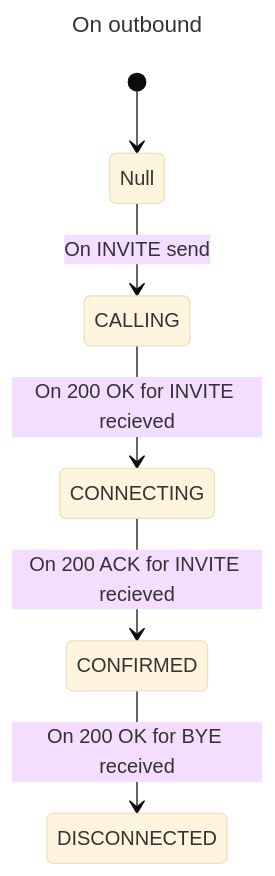
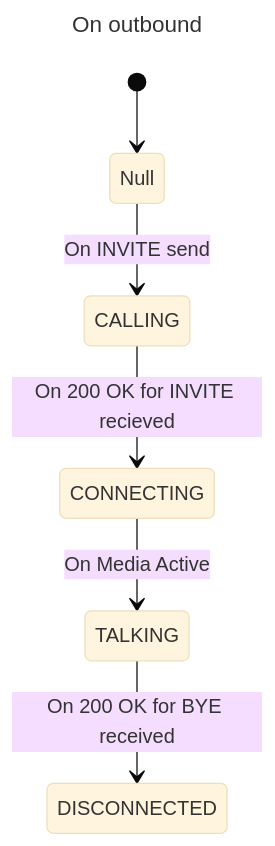
The second of 2 diagrams in memo.md (NaoakiUmedu/tanuphone), drawn with Mermaid (base theme) before and after one commit. The commit also changed other lines of this file and 3 other files, not shown here.

````diff
--- a/memo.md
+++ b/memo.md
@@ -27,13 +28,13 @@
 ```mermaid
 ---
 title: On outbound
 ---
 
 stateDiagram-v2
     [*] --> Null
     Null --> CALLING : On INVITE send
     CALLING --> CONNECTING : On 200 OK for INVITE recieved
-    CONNECTING --> CONFIRMED : On 200 ACK for INVITE recieved
-    CONFIRMED --> DISCONNECTED : On 200 OK for BYE received
+    CONNECTING --> TALKING : On Media Active
+    TALKING --> DISCONNECTED : On 200 OK for BYE received
 
 ```
````
